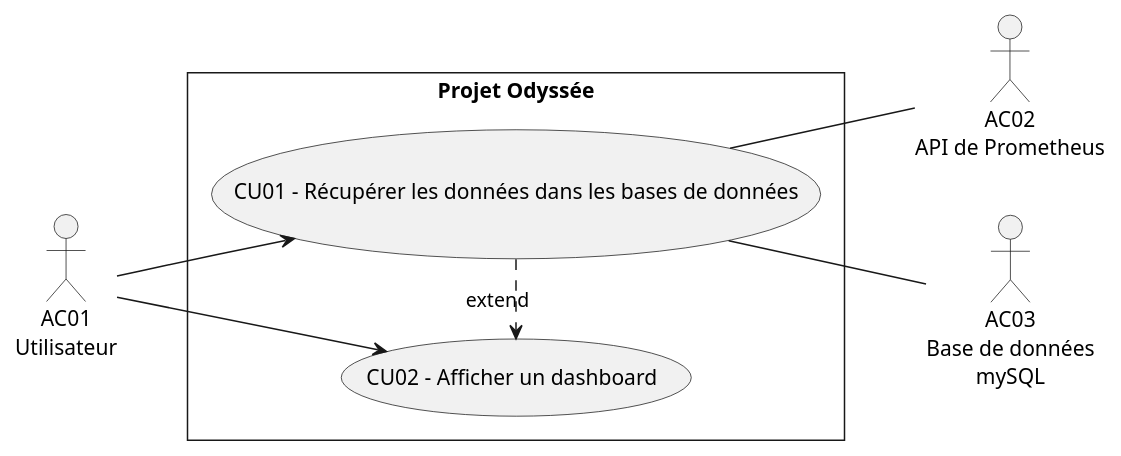
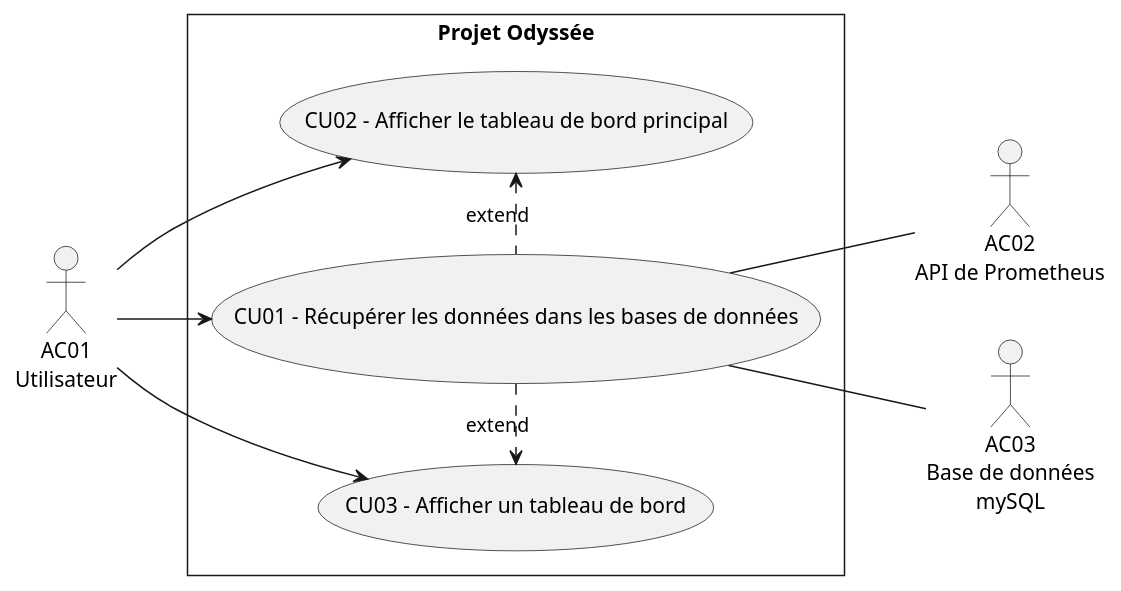
Before and after one commit to EmilyRoseF/LOG410: the diagram in cas_utilisation.puml, drawn with PlantUML. The commit also changed 1 other file, not shown here.

```diff
--- a/cas_utilisation.puml
+++ b/cas_utilisation.puml
@@ -1,37 +1,40 @@
 @startuml
 left to right direction
 skinparam PackageStyle rect
 skinparam style strictuml
 skinparam defaultfontname Verdana
 skinparam DefaultTextAlignment center
 skinparam Linetype agent
 
 
 'ACTEURS
 :AC01\nUtilisateur: as AC01
 :AC02\nAPI de Prometheus: as AC02
 :AC03\nBase de données\nmySQL: as AC03
 
 
 'LE PROJET ODYSSÉE
 rectangle "Projet Odyssée" {
   'CAS D'UTILISATION
   (CU01 - Récupérer les données dans les bases de données) as (CU01)
-  (CU02 - Afficher un dashboard) as (CU02)
+  (CU02 - Afficher le tableau de bord principal) as (CU02)
+  (CU03 - Afficher un tableau de bord) as (CU03)
   '(CU0X - Afficher les données dans un graphique) as (CU0X) 'Finalement ne correspond pas à CAR01, mais correspond à CAR02
   '(CU0X - Afficher les données dans un tableau) as (CU0X) 'Finalement ne correspond pas à CAR01, mais correspond à CAR02
 
 
   'LIENS ENTRE ACTEURS ET CAS D'UTILISATION
   AC01 --> (CU01)
   AC01 --> (CU02)
+  AC01 --> (CU03)
 
   (CU01) -- AC02
   (CU01) -- AC03
 
 
   'LIENS ENTRE LES CAS D'UTILISATION
-  (CU01) .> (CU02) : extend
+  (CU01) .left.> (CU02) : extend
+  (CU01) .> (CU03) : extend
 }
 
 @enduml
```
